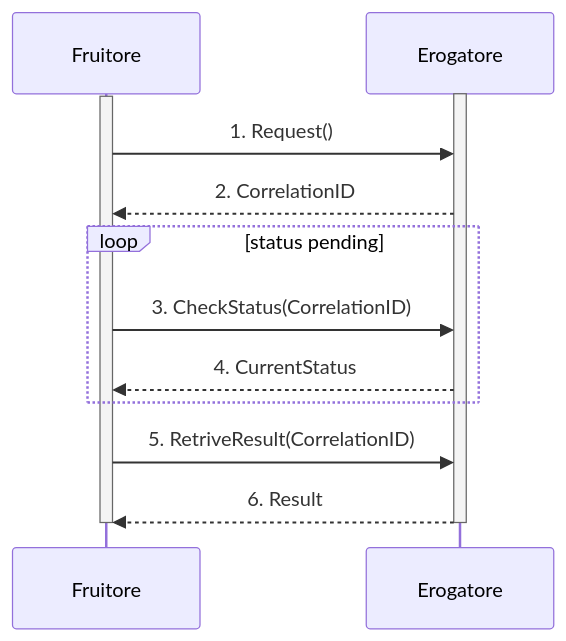
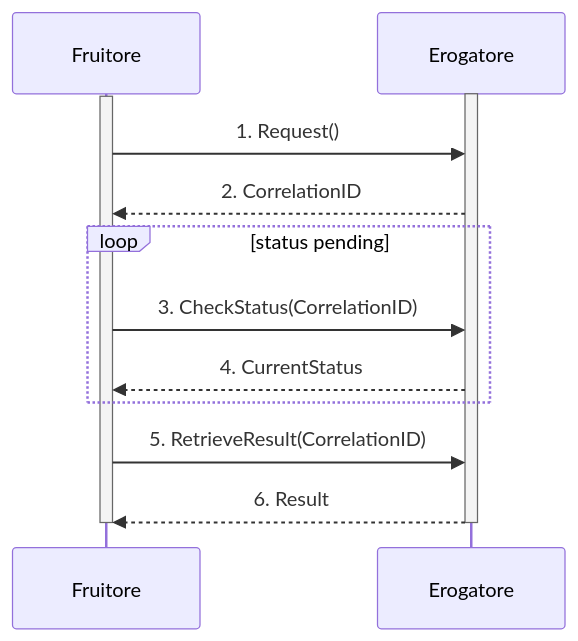
One commit to italia/lg-modellointeroperabilita-docs changed the second of 2 diagrams in doc/01_Pattern interazione/pattern-non-bloccanti/nonblock_pull.rst. Above: the diagram before and after it, drawn with Mermaid. The commit also changed other lines of this file and 1 other file, not shown here.

Commit message:
Clarify mermaid diagram with alt

```diff
--- a/doc/01_Pattern interazione/pattern-non-bloccanti/nonblock_pull.rst
+++ b/doc/01_Pattern interazione/pattern-non-bloccanti/nonblock_pull.rst
@@ -54,16 +62,16 @@
 .. mermaid::
 
    sequenceDiagram
      
      activate Erogatore
      activate Fruitore
      Fruitore->>Erogatore: 1. Request()
      Erogatore-->>Fruitore: 2. CorrelationID
      loop status pending
 		 Fruitore->>Erogatore: 3. CheckStatus(CorrelationID)
 		 Erogatore-->>Fruitore: 4. CurrentStatus
      end
-     Fruitore->>Erogatore: 5. RetriveResult(CorrelationID)
+     Fruitore->>Erogatore: 5. RetrieveResult(CorrelationID)
      Erogatore-->>Fruitore: 6. Result
      deactivate Fruitore
      deactivate Erogatore
```
